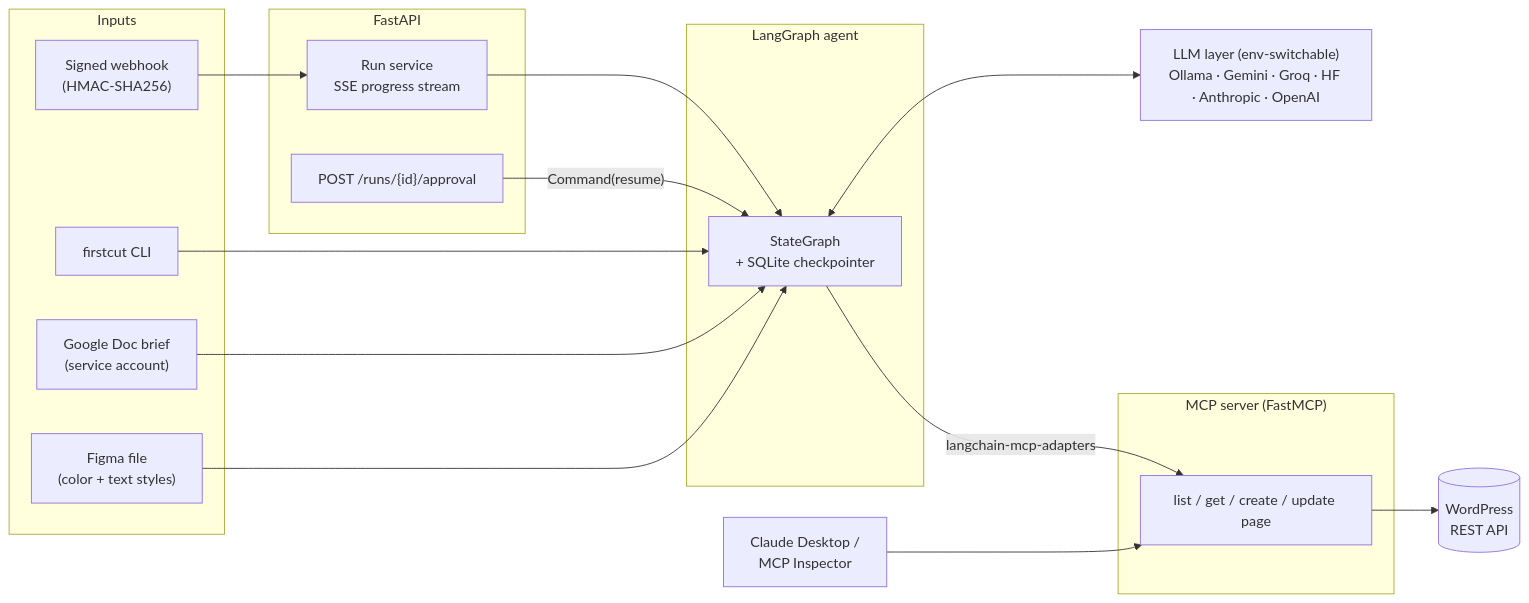
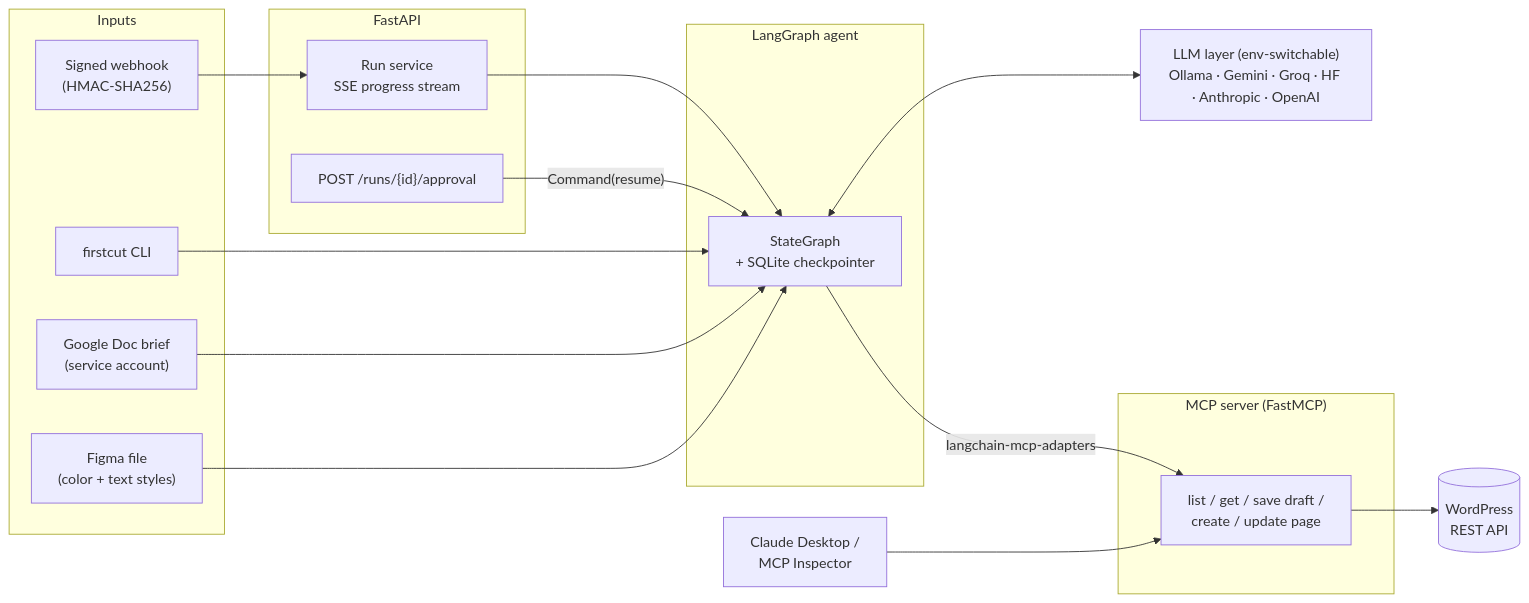
The first of 2 diagrams in README.md (SirRedofTheJohns/first-cut), drawn with Mermaid before and after one commit. The commit also changed other lines of this file and 9 other files, not shown here.

Commit message:
feat(mcp): save_draft tool, one-command install with uvx, clearer setup errors

````diff
--- a/README.md
+++ b/README.md
@@ -20,29 +20,29 @@
 ```mermaid
 flowchart LR
     subgraph Inputs
         W["Signed webhook<br/>(HMAC-SHA256)"]
         CLI["firstcut CLI"]
         GD["Google Doc brief<br/>(service account)"]
         FG["Figma file<br/>(color + text styles)"]
     end
     subgraph API["FastAPI"]
         RS["Run service<br/>SSE progress stream"]
         AP["POST /runs/{id}/approval"]
     end
     subgraph Agent["LangGraph agent"]
         G["StateGraph<br/>+ SQLite checkpointer"]
     end
     subgraph MCP["MCP server (FastMCP)"]
-        T["list / get / create / update page"]
+        T["list / get / save draft /<br/>create / update page"]
     end
     LLM["LLM layer (env-switchable)<br/>Ollama · Gemini · Groq · HF · Anthropic · OpenAI"]
     WP[("WordPress<br/>REST API")]
     W --> RS --> G
     CLI --> G
     GD --> G
     FG --> G
     G <--> LLM
     G -- "langchain-mcp-adapters" --> T --> WP
     AP -- "Command(resume)" --> G
     CD["Claude Desktop /<br/>MCP Inspector"] --> T
 ```
````
